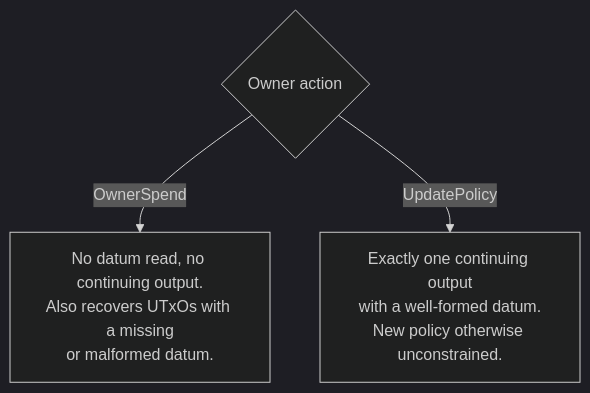
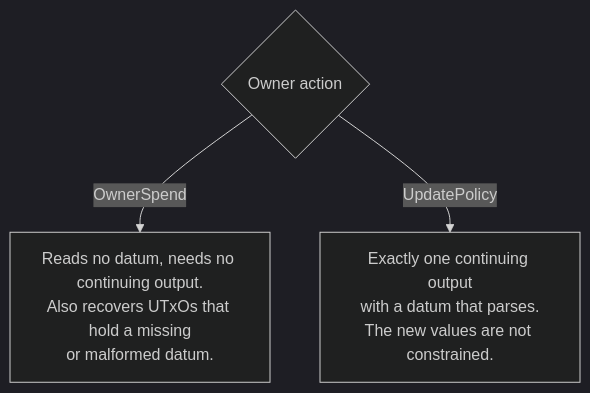
The fourth of 4 diagrams in smart-contracts/smart-wallet/wallet_lifecycle_diagram.md (masumi-network/masumi-payment-service), drawn with Mermaid (dark theme) before and after one commit. The commit also changed other lines of this file and 1 other file, not shown here.

````diff
--- a/smart-contracts/smart-wallet/wallet_lifecycle_diagram.md
+++ b/smart-contracts/smart-wallet/wallet_lifecycle_diagram.md
@@ -93,6 +97,6 @@
 ```mermaid
 flowchart TD
     O{Owner action}
-    O -->|OwnerSpend| S["No datum read, no continuing output.<br/>Also recovers UTxOs with a missing<br/>or malformed datum."]
-    O -->|UpdatePolicy| U["Exactly one continuing output<br/>with a well-formed datum.<br/>New policy otherwise unconstrained."]
+    O -->|OwnerSpend| S["Reads no datum, needs no continuing output.<br/>Also recovers UTxOs that hold a missing<br/>or malformed datum."]
+    O -->|UpdatePolicy| U["Exactly one continuing output<br/>with a datum that parses.<br/>The new values are not constrained."]
 ```
````
